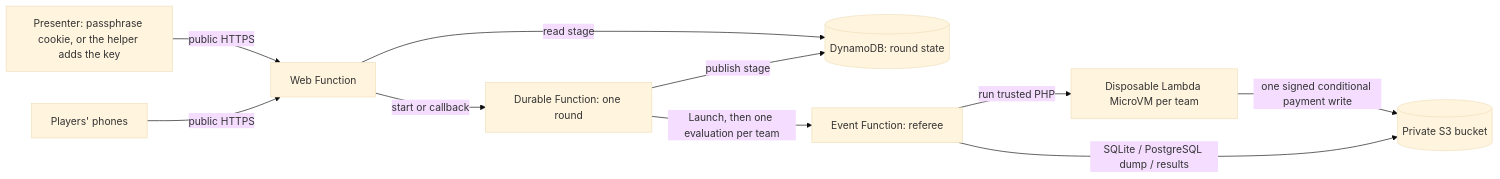
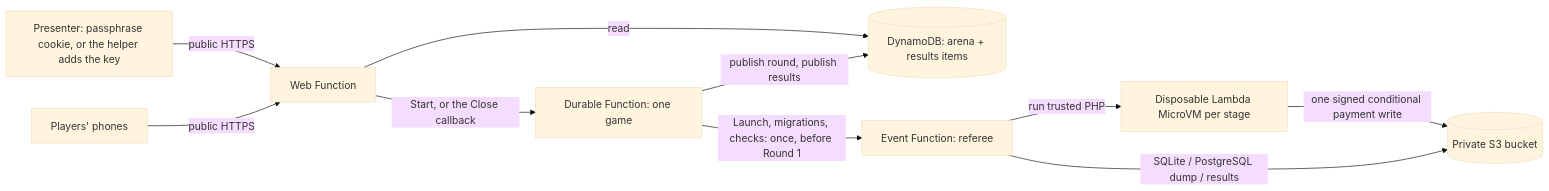
Before and after one commit to grumpydevorg/blackfriday: the diagram in docs/processes/aws-rehearsal.md, drawn with Mermaid (base theme). The commit also changed other lines of this file and 4 other files, not shown here.

First line of the commit message:
docs: four-round game as built (real vs modelled, three deployments)

````diff
--- a/docs/processes/aws-rehearsal.md
+++ b/docs/processes/aws-rehearsal.md
@@ -144,12 +140,12 @@
 ```mermaid
 flowchart LR
   Ph[Players' phones] -->|public HTTPS| W[Web Function]
   P[Presenter: passphrase cookie, or the helper adds the key] -->|public HTTPS| W
-  W -->|start or callback| D[Durable Function: one round]
-  D -->|publish stage| T[(DynamoDB: round state)]
-  W -->|read stage| T
-  D -->|Launch, then one evaluation per team| E[Event Function: referee]
-  E -->|run trusted PHP| M[Disposable Lambda MicroVM per team]
+  W -->|Start, or the Close callback| D[Durable Function: one game]
+  D -->|publish round, publish results| T[(DynamoDB: arena + results items)]
+  W -->|read| T
+  D -->|Launch, migrations, checks: once, before Round 1| E[Event Function: referee]
+  E -->|run trusted PHP| M[Disposable Lambda MicroVM per stage]
   E -->|SQLite / PostgreSQL dump / results| S[(Private S3 bucket)]
   M -->|one signed conditional payment write| S
 ```
````
